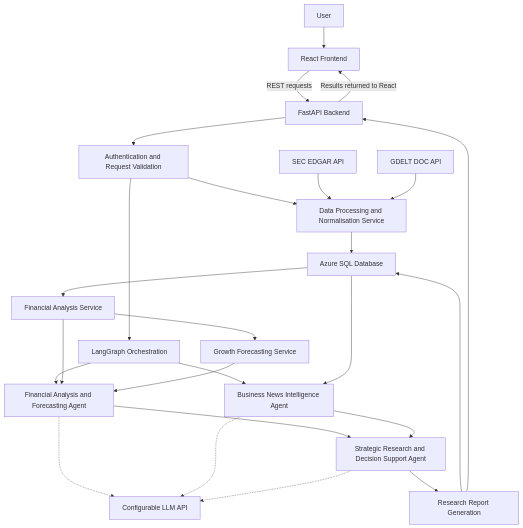
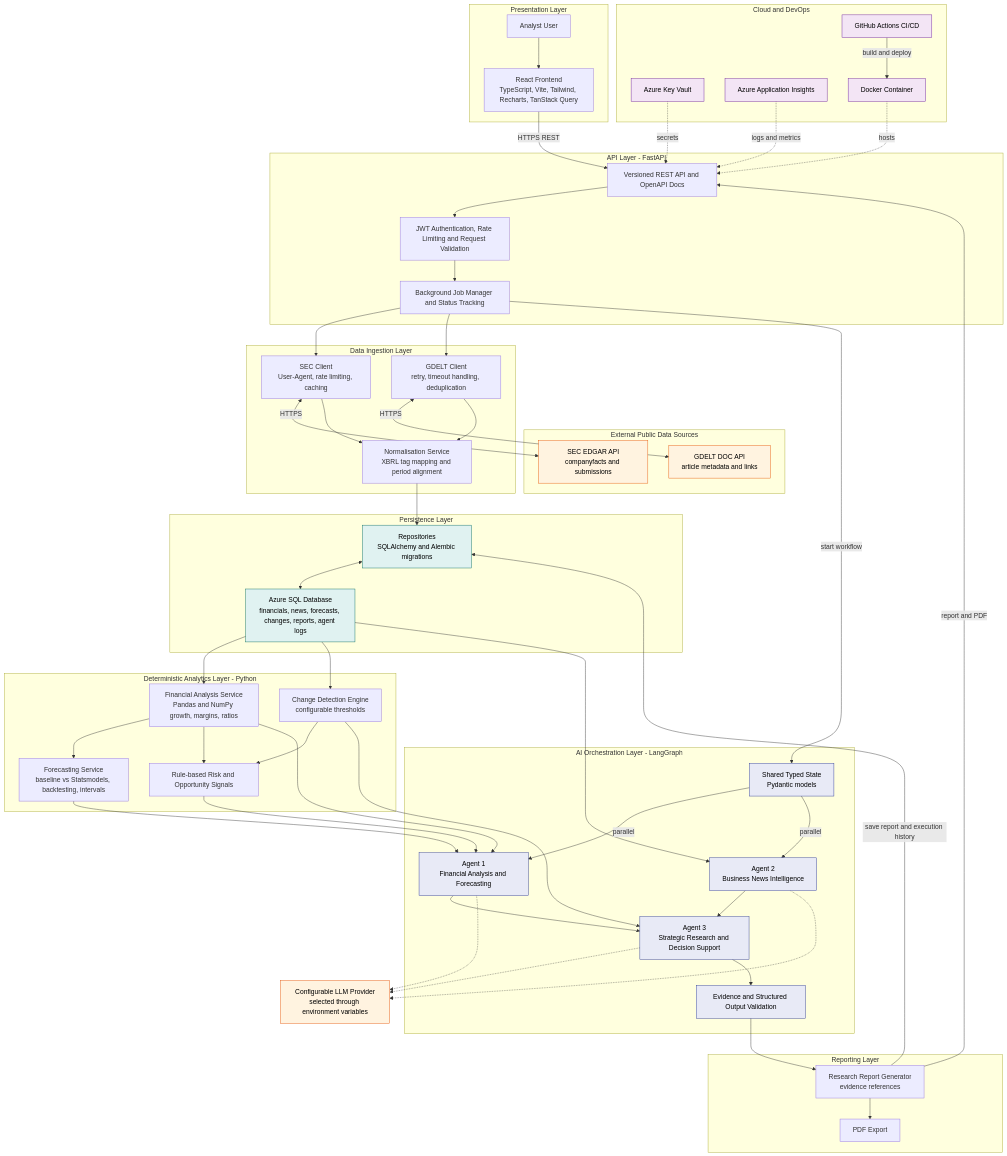
The first of 4 diagrams in docs/architecture.md (Hariharan119/ai-business-research-growth-analysis), drawn with Mermaid before and after one commit.

Commit message:
Docs: detailed layered component architecture diagram

````diff
--- a/docs/architecture.md
+++ b/docs/architecture.md
@@ -5,27 +5,112 @@
 ```mermaid
-flowchart TD
-    U[User] --> FE[React Frontend]
-    FE -->|REST requests| API[FastAPI Backend]
-    API --> AUTH[Authentication and Request Validation]
-    AUTH --> DP[Data Processing and Normalisation Service]
-    SEC[SEC EDGAR API] --> DP
-    GD[GDELT DOC API] --> DP
-    DP --> DB[Azure SQL Database]
-    DB --> FIN[Financial Analysis Service]
-    FIN --> FC[Growth Forecasting Service]
-    AUTH --> LG[LangGraph Orchestration]
-    LG --> A1[Financial Analysis and Forecasting Agent]
-    LG --> A2[Business News Intelligence Agent]
+flowchart TB
+    subgraph PRES [Presentation Layer]
+        USER[Analyst User]
+        FE[React Frontend<br/>TypeScript, Vite, Tailwind, Recharts, TanStack Query]
+    end
+
+    subgraph APIL [API Layer - FastAPI]
+        GW[Versioned REST API and OpenAPI Docs]
+        MW[JWT Authentication, Rate Limiting and Request Validation]
+        JOBS[Background Job Manager and Status Tracking]
+    end
+
+    subgraph EXT [External Public Data Sources]
+        SEC[SEC EDGAR API<br/>companyfacts and submissions]
+        GDELT[GDELT DOC API<br/>article metadata and links]
+    end
+
+    subgraph ING [Data Ingestion Layer]
+        SECC[SEC Client<br/>User-Agent, rate limiting, caching]
+        GDC[GDELT Client<br/>retry, timeout handling, deduplication]
+        NORM[Normalisation Service<br/>XBRL tag mapping and period alignment]
+    end
+
+    subgraph PERS [Persistence Layer]
+        REPO[Repositories<br/>SQLAlchemy and Alembic migrations]
+        DB[Azure SQL Database<br/>financials, news, forecasts, changes, reports, agent logs]
+    end
+
+    subgraph ANA [Deterministic Analytics Layer - Python]
+        FIN[Financial Analysis Service<br/>Pandas and NumPy growth, margins, ratios]
+        FCST[Forecasting Service<br/>baseline vs Statsmodels, backtesting, intervals]
+        CHG[Change Detection Engine<br/>configurable thresholds]
+        RULE[Rule-based Risk and Opportunity Signals]
+    end
+
+    subgraph ORCH [AI Orchestration Layer - LangGraph]
+        STATE[Shared Typed State<br/>Pydantic models]
+        A1[Agent 1<br/>Financial Analysis and Forecasting]
+        A2[Agent 2<br/>Business News Intelligence]
+        A3[Agent 3<br/>Strategic Research and Decision Support]
+        VAL[Evidence and Structured Output Validation]
+    end
+
+    LLM[Configurable LLM Provider<br/>selected through environment variables]
+
+    subgraph REPG [Reporting Layer]
+        RGEN[Research Report Generator<br/>evidence references]
+        PDF[PDF Export]
+    end
+
+    subgraph OPS [Cloud and DevOps]
+        KV[Azure Key Vault]
+        INS[Azure Application Insights]
+        GH[GitHub Actions CI/CD]
+        DOCK[Docker Container]
+    end
+
+    USER --> FE
+    FE -->|HTTPS REST| GW
+    GW --> MW
+    MW --> JOBS
+
+    JOBS --> SECC
+    JOBS --> GDC
+    SECC <-->|HTTPS| SEC
+    GDC <-->|HTTPS| GDELT
+    SECC --> NORM
+    GDC --> NORM
+    NORM --> REPO
+    REPO <--> DB
+
+    DB --> FIN
+    FIN --> FCST
+    FIN --> RULE
+    DB --> CHG
+    CHG --> RULE
+
+    JOBS -->|start workflow| STATE
+    STATE -->|parallel| A1
+    STATE -->|parallel| A2
     FIN --> A1
-    FC --> A1
+    FCST --> A1
+    RULE --> A1
     DB --> A2
-    A1 --> A3[Strategic Research and Decision Support Agent]
+    A1 --> A3
     A2 --> A3
-    A1 -.-> LLM[Configurable LLM API]
+    CHG --> A3
+    A1 -.-> LLM
     A2 -.-> LLM
     A3 -.-> LLM
-    A3 --> RPT[Research Report Generation]
-    RPT --> DB
-    RPT --> API
-    API -->|Results returned to React| FE
+
+    A3 --> VAL
+    VAL --> RGEN
+    RGEN --> PDF
+    RGEN -->|save report and execution history| REPO
+    RGEN -->|report and PDF| GW
+
+    KV -.->|secrets| GW
+    INS -.->|logs and metrics| GW
+    GH -->|build and deploy| DOCK
+    DOCK -.->|hosts| GW
+
+    classDef ext fill:#fff3e0,stroke:#e65100,color:#000
+    classDef ai fill:#e8eaf6,stroke:#283593,color:#000
+    classDef store fill:#e0f2f1,stroke:#00695c,color:#000
+    classDef ops fill:#f3e5f5,stroke:#6a1b9a,color:#000
+    class SEC,GDELT,LLM ext
+    class STATE,A1,A2,A3,VAL ai
+    class DB,REPO store
+    class KV,INS,GH,DOCK ops
 ```
````
